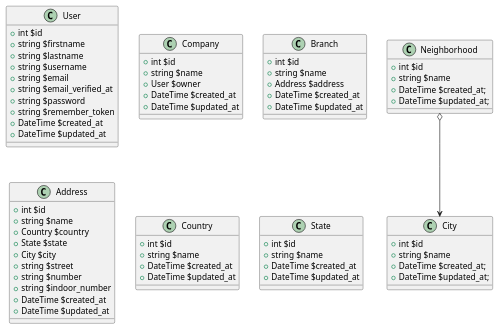
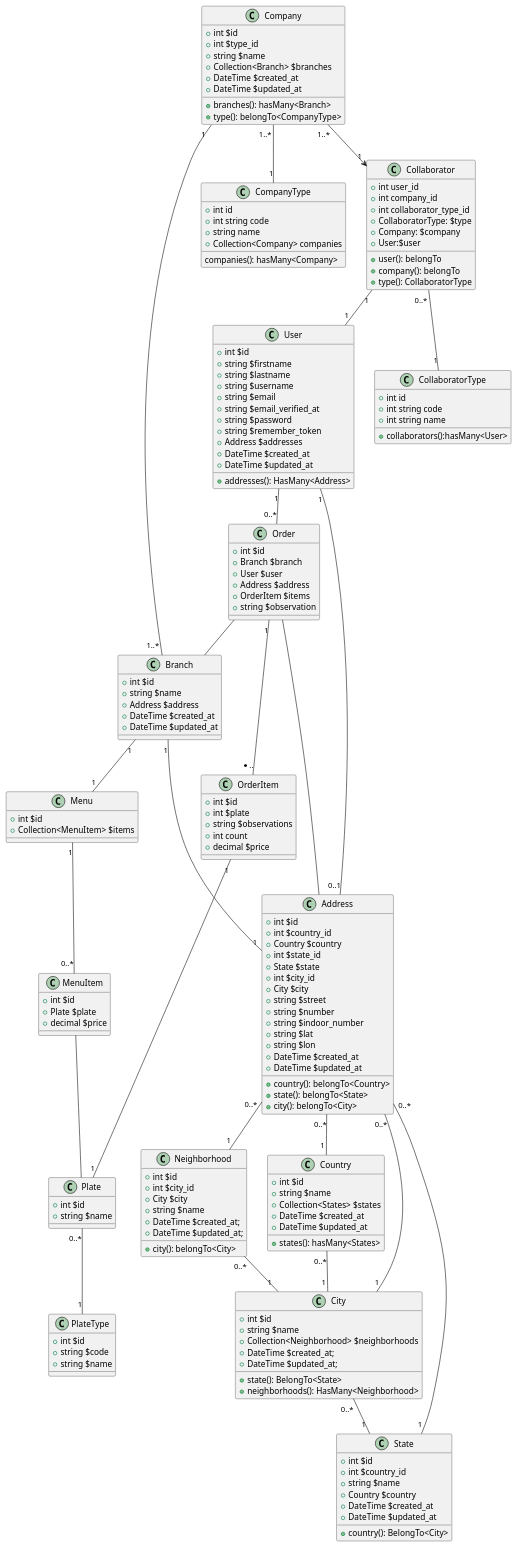
Before and after one commit to jfcodiaz/la-placita: the diagram in doc/entities.plantuml, drawn with PlantUML. The commit also changed 6 other files, not shown here.

```diff
--- a/doc/entities.plantuml
+++ b/doc/entities.plantuml
@@ -1,75 +1,189 @@
 @startuml
 
 class User {
   + int $id
   + string $firstname
   + string $lastname
   + string $username
   + string $email
   + string $email_verified_at
   + string $password
   + string $remember_token
+  + Address $addresses
   + DateTime $created_at
   + DateTime $updated_at
+  + addresses(): HasMany<Address>
 }
 
 class Company {
     + int $id
+    + int $type_id
     + string $name
-    + User $owner
+    + Collection<Branch> $branches
     + DateTime $created_at
     + DateTime $updated_at
+    + branches(): hasMany<Branch>
+    + type(): belongTo<CompanyType>
+}
+
+class Plate {
+    + int $id
+    + string $name
+}
+
+class Menu {
+    + int $id
+    + Collection<MenuItem> $items
+}
+
+class MenuItem {
+    + int $id
+    + Plate $plate
+    + decimal $price
+}
+
+class PlateType {
+    + int $id
+    + string $code
+    + string $name
+}
+
+class Order {
+    + int $id
+    + Branch $branch
+    + User $user
+    + Address $address
+    + OrderItem $items 
+    + string $observation 
+}
+
+class OrderItem {
+    + int $id
+    + int $plate
+    + string $observations
+    + int count
+    + decimal $price
+}
+
+class Collaborator {
+    + int user_id
+    + int company_id
+    + int collaborator_type_id
+    + CollaboratorType: $type
+    + Company: $company
+    + User:$user
+    + user(): belongTo
+    + company(): belongTo
+    + type(): CollaboratorType
+}
+
+class CollaboratorType {
+    + int id
+    + int string code
+    + int string name
+    + collaborators():hasMany<User>
+}
+class CompanyType {
+    + int id
+    + int string code
+    + string name
+    + Collection<Company> companies
+    companies(): hasMany<Company>
 }
 
 class Branch {
     + int $id
     + string $name
     + Address $address
     + DateTime $created_at
     + DateTime $updated_at
 }
 
 class Address {
     + int $id
-    + string $name
+    + int $country_id
     + Country $country
+    + int $state_id
     + State $state
-    + City $city
+    + int $city_id
+    + City $city 
     + string $street
     + string $number
     + string $indoor_number
+    + string $lat
+    + string $lon
     + DateTime $created_at
     + DateTime $updated_at
+    
+    + country(): belongTo<Country>
+    + state(): belongTo<State>
+    + city(): belongTo<City>
 }
 
 class Country {
     + int $id
     + string $name
+    + Collection<States> $states
     + DateTime $created_at
     + DateTime $updated_at
+    
+    + states(): hasMany<States>
 }
 
 class State {
     + int $id
+    + int $country_id 
     + string $name
+    + Country $country
     + DateTime $created_at
     + DateTime $updated_at
+
+    + country(): BelongTo<City>
 }
 
 class City {
     + int $id
     + string $name
+    + Collection<Neighborhood> $neighborhoods
     + DateTime $created_at;
     + DateTime $updated_at;
+    
+    + state(): BelongTo<State>
+    + neighborhoods(): HasMany<Neighborhood>
 }
 
 class Neighborhood {
     + int $id
+    + int $city_id
+    + City $city
     + string $name
     + DateTime $created_at;
     + DateTime $updated_at;
+    + city(): belongTo<City>
 }
 
+Company "1 " -- "1..* " Branch
+Company "1..* " -- "1" CompanyType
+Company "1..* " --> "1" Collaborator
+Collaborator "1" -- "1" User
+Collaborator "0..* " -- "1" CollaboratorType
+Neighborhood "0..* " -- "1 " City
+Country "0..*" -- "1 " City
+City "0..* " -- "1 " State
+Address "0..*" -- "1 " City
+Address "0..*" -- "1 " Neighborhood
+Address "0..*" -- "1 " State
+Address "0..*" -- "1 " Country
+Branch "1" --- "1" Address
+User "1" --- "0..1" Address
 
-Neighborhood o--> City
+Branch "1" -- "1" Menu
+Menu "1"-- "0..*" MenuItem
+MenuItem -- Plate
+Plate "0..*" -- "1" PlateType
+User "1" -- "0..*" Order
+Order "1" --  "*.." OrderItem
+OrderItem "1" -- "1" Plate
+Order -- Branch
+Order -- Address
 @enduml
```
